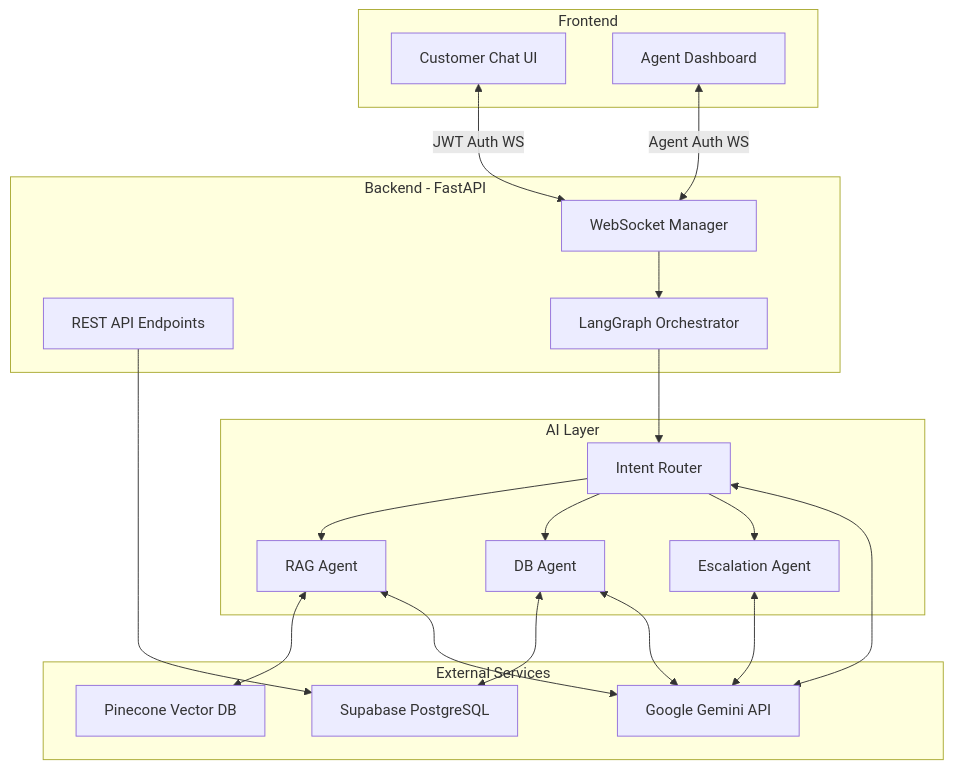
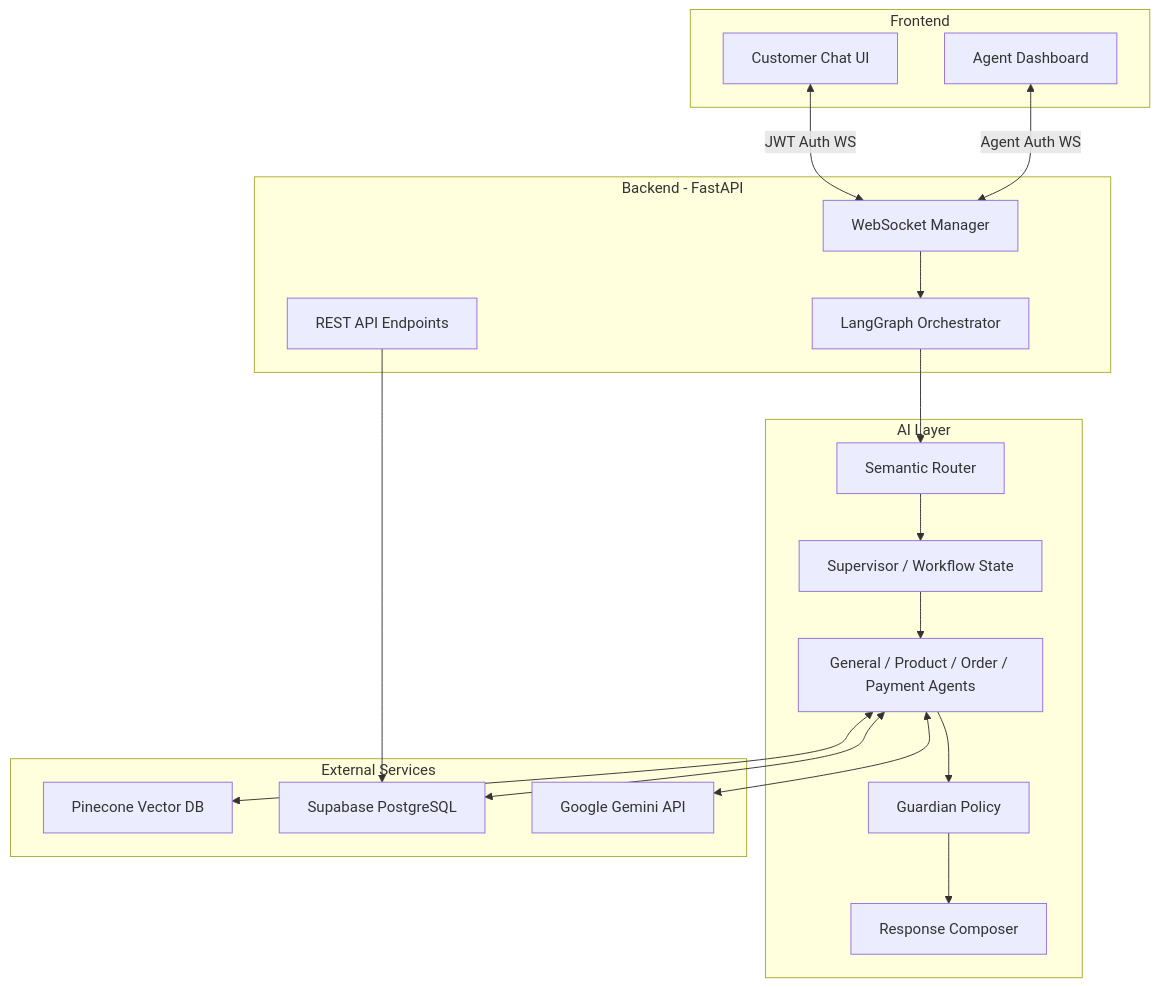
Before and after one commit to divy-jn/Customer_support_agent: the diagram in README.md, drawn with Mermaid. The commit also changed other lines of this file and 64 other files, not shown here.

````diff
--- a/README.md
+++ b/README.md
@@ -44,45 +44,38 @@
 ```mermaid
 graph TD
     subgraph Frontend
         C[Customer Chat UI]
         A[Agent Dashboard]
     end
 
     subgraph Backend - FastAPI
         WS[WebSocket Manager]
         REST[REST API Endpoints]
         G[LangGraph Orchestrator]
     end
 
     subgraph AI Layer
-        IR[Intent Router]
-        RAG[RAG Agent]
-        DB[DB Agent]
-        ESC[Escalation Agent]
+        SR[Semantic Router]
+        SUP[Supervisor / Workflow State]
+        DA[General / Product / Order / Payment Agents]
+        GDN[Guardian Policy]
+        RC[Response Composer]
     end
 
     subgraph External Services
         PIN[Pinecone Vector DB]
-        SUP[Supabase PostgreSQL]
+        DB[Supabase PostgreSQL]
         LLM[Google Gemini API]
     end
 
     C <-->|JWT Auth WS| WS
     A <-->|Agent Auth WS| WS
 
     WS --> G
-    REST --> SUP
+    REST --> DB
 
-    G --> IR
-    IR --> RAG
-    IR --> DB
-    IR --> ESC
-
-    RAG <--> PIN
-    DB <--> SUP
-    
-    IR <--> LLM
-    RAG <--> LLM
-    DB <--> LLM
-    ESC <--> LLM
+    G --> SR --> SUP --> DA --> GDN --> RC
+    DA <--> PIN
+    DA <--> DB
+    DA <--> LLM
 ```
````
